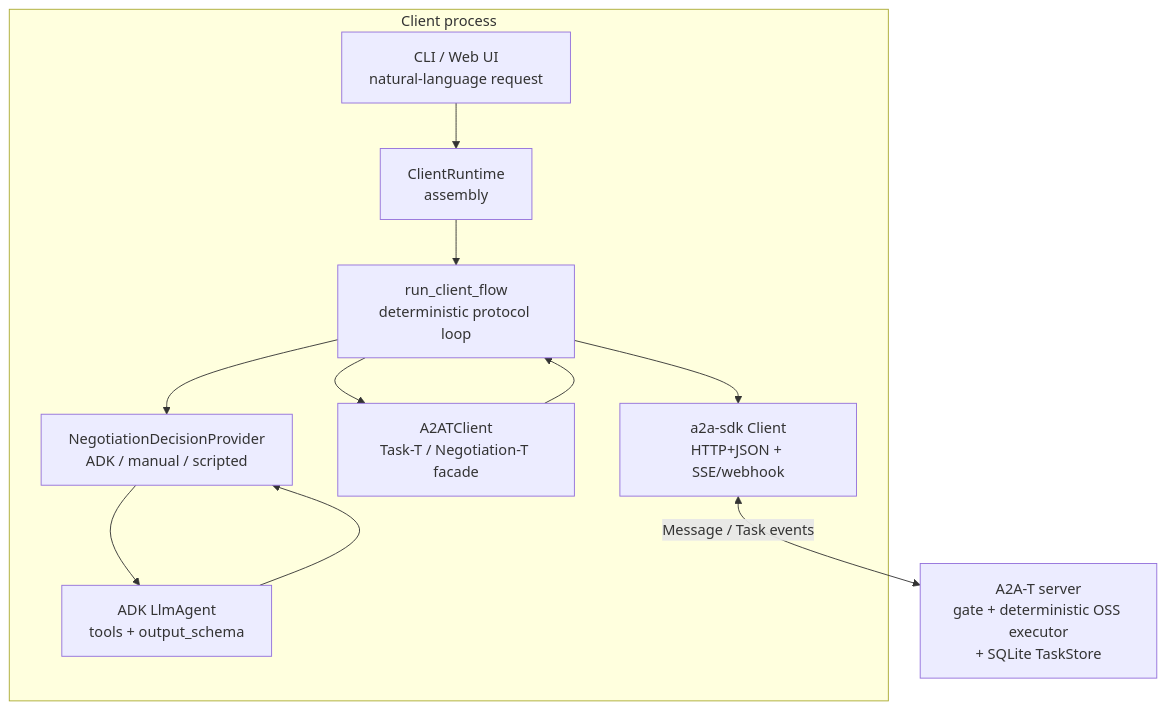
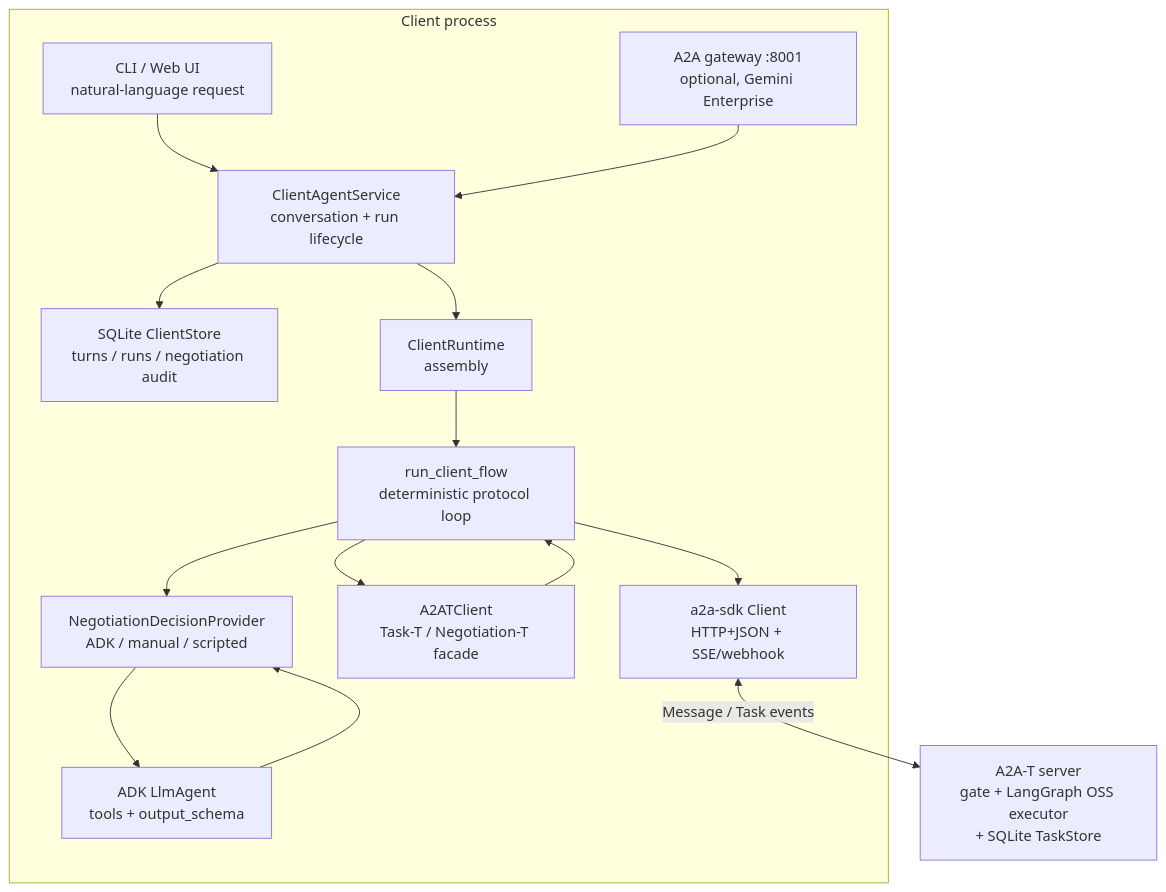
Before and after one commit to codetalks-hw/a2a-t-sdk-python: the second of 8 diagrams in a2a-t-sample/ran-energy-saving/README.md, drawn with Mermaid. The commit also changed other lines of this file and 33 other files, not shown here.

Commit message:
feat(ran-sample): persist client state and run the server on langgraph

````diff
--- a/a2a-t-sample/ran-energy-saving/README.md
+++ b/a2a-t-sample/ran-energy-saving/README.md
@@ -116,20 +134,26 @@
 ```mermaid
 flowchart TB
     subgraph Client["Client process"]
         UI["CLI / Web UI<br/>natural-language request"]
+        GW["A2A gateway :8001<br/>optional, Gemini Enterprise"]
+        SVC["ClientAgentService<br/>conversation + run lifecycle"]
+        STORE["SQLite ClientStore<br/>turns / runs / negotiation audit"]
         RT["ClientRuntime<br/>assembly"]
         FLOW["run_client_flow<br/>deterministic protocol loop"]
         PROV["NegotiationDecisionProvider<br/>ADK / manual / scripted"]
         AGENT["ADK LlmAgent<br/>tools + output_schema"]
         FACADE["A2ATClient<br/>Task-T / Negotiation-T facade"]
         A2A["a2a-sdk Client<br/>HTTP+JSON + SSE/webhook"]
-        UI --> RT --> FLOW
+        UI --> SVC
+        GW --> SVC
+        SVC --> STORE
+        SVC --> RT --> FLOW
         FLOW --> PROV --> AGENT
         AGENT --> PROV
         FLOW --> FACADE
         FACADE --> FLOW
         FLOW --> A2A
     end
-    SERVER["A2A-T server<br/>gate + deterministic OSS executor<br/>+ SQLite TaskStore"]
+    SERVER["A2A-T server<br/>gate + LangGraph OSS executor<br/>+ SQLite TaskStore"]
     A2A <-->|"Message / Task events"| SERVER
 ```
````
